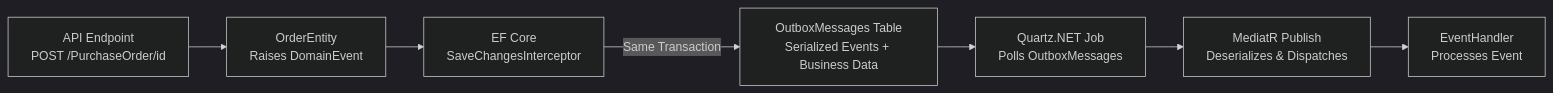
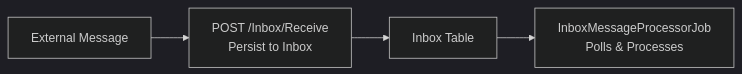
The fourth of 4 diagrams in README.md (GabrieleTronchin/EFTransactionalOutbox), drawn with Mermaid (dark theme) before and after one commit. The commit also changed other lines of this file and 4 other files, not shown here.

````diff
--- a/README.md
+++ b/README.md
@@ -40,9 +91,6 @@
 ```mermaid
 flowchart LR
-    A[API Endpoint\nPOST /PurchaseOrder/id] --> B[OrderEntity\nRaises DomainEvent]
-    B --> C[EF Core\nSaveChangesInterceptor]
-    C -->|Same Transaction| D[OutboxMessages Table\nSerialized Events + Business Data]
-    D --> E[Quartz.NET Job\nPolls OutboxMessages]
-    E --> F[MediatR Publish\nDeserializes & Dispatches]
-    F --> G[EventHandler\nProcesses Event]
+    E[External Message] --> F[POST /Inbox/Receive\nPersist to Inbox]
+    F --> G[Inbox Table]
+    G --> H[InboxMessageProcessorJob\nPolls & Processes]
 ```
````
